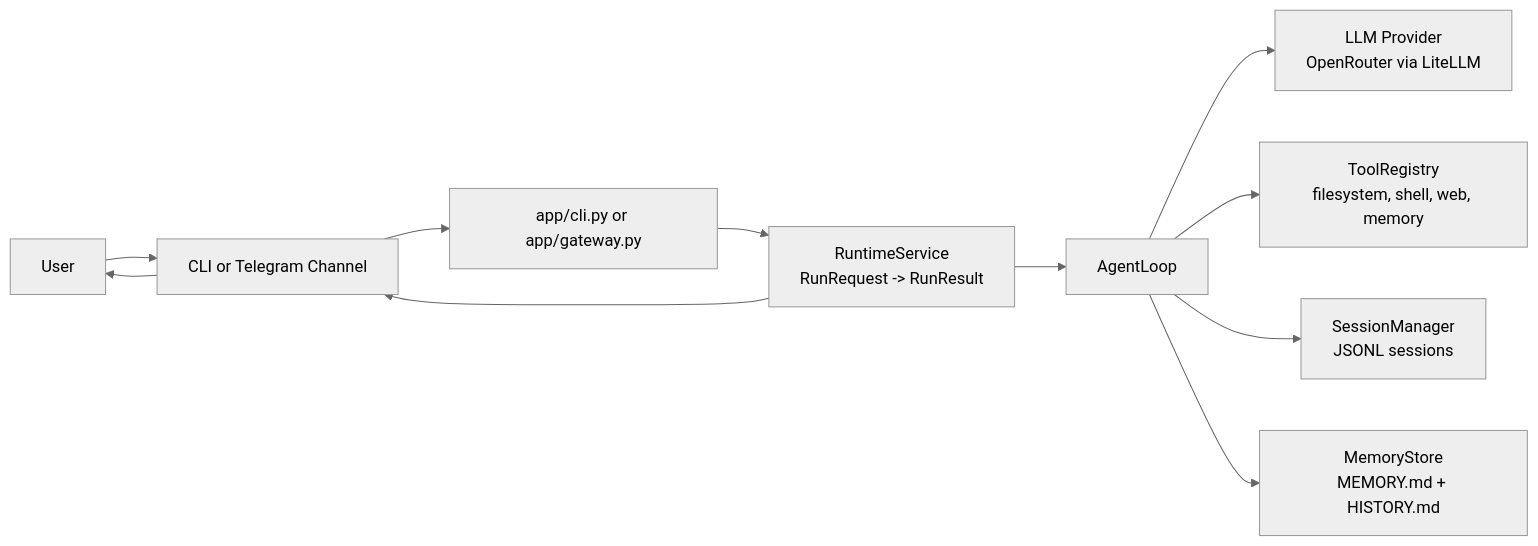
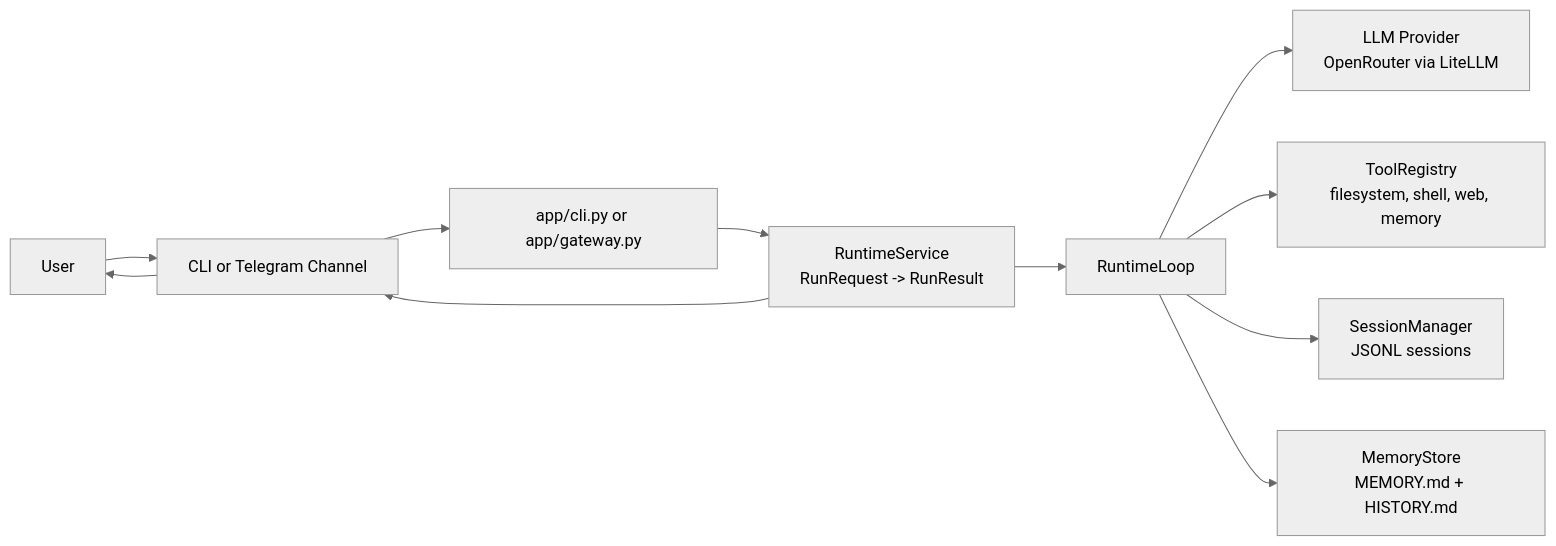
One commit to milescole/sideclaw changed the diagram in README.md. Above: the diagram before and after it, drawn with Mermaid (neutral theme). The commit also changed other lines of this file and 9 other files, not shown here.

````diff
--- a/README.md
+++ b/README.md
@@ -29,13 +29,13 @@
 ```mermaid
 flowchart LR
     U[User] --> C[CLI or Telegram Channel]
     C --> APP[app/cli.py or app/gateway.py]
     APP --> R[RuntimeService<br/>RunRequest -> RunResult]
-    R --> A[AgentLoop]
+    R --> A[RuntimeLoop]
     A --> P[LLM Provider<br/>OpenRouter via LiteLLM]
     A --> T[ToolRegistry<br/>filesystem, shell, web, memory]
     A --> S[SessionManager<br/>JSONL sessions]
     A --> M[MemoryStore<br/>MEMORY.md + HISTORY.md]
     R --> C
     C --> U
 ```
````
